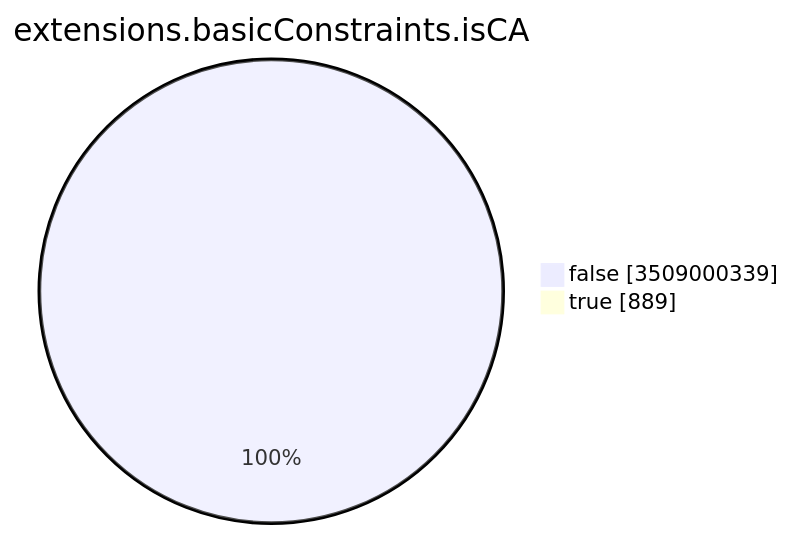
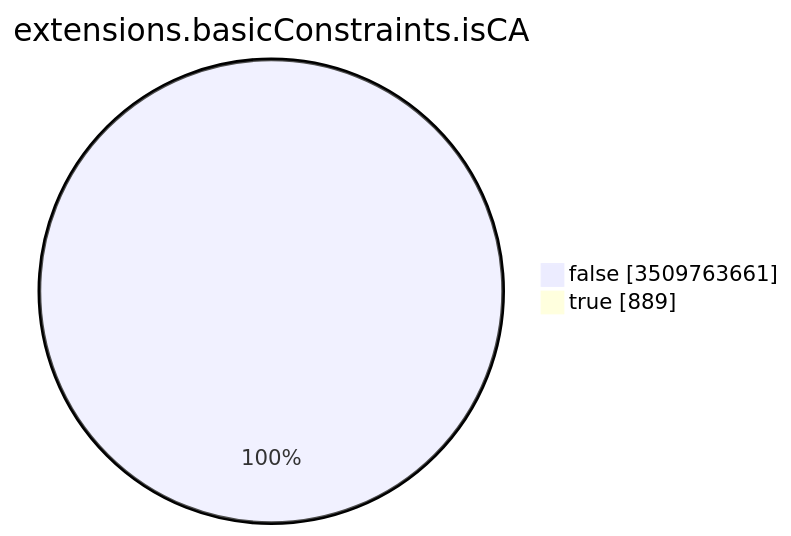
One commit to christiankrug/ctmonitor_visualization changed the seventh of 15 diagrams in TOTAL/README.md. Above: the diagram before and after it, drawn with Mermaid. The commit also changed other lines of this file, not shown here.

````diff
--- a/TOTAL/README.md
+++ b/TOTAL/README.md
@@ -3094,6 +3094,6 @@
 ```mermaid
 pie showData
 title extensions.basicConstraints.isCA
-"false" :3509000339
+"false" :3509763661
 "true" :889
 ```
````
